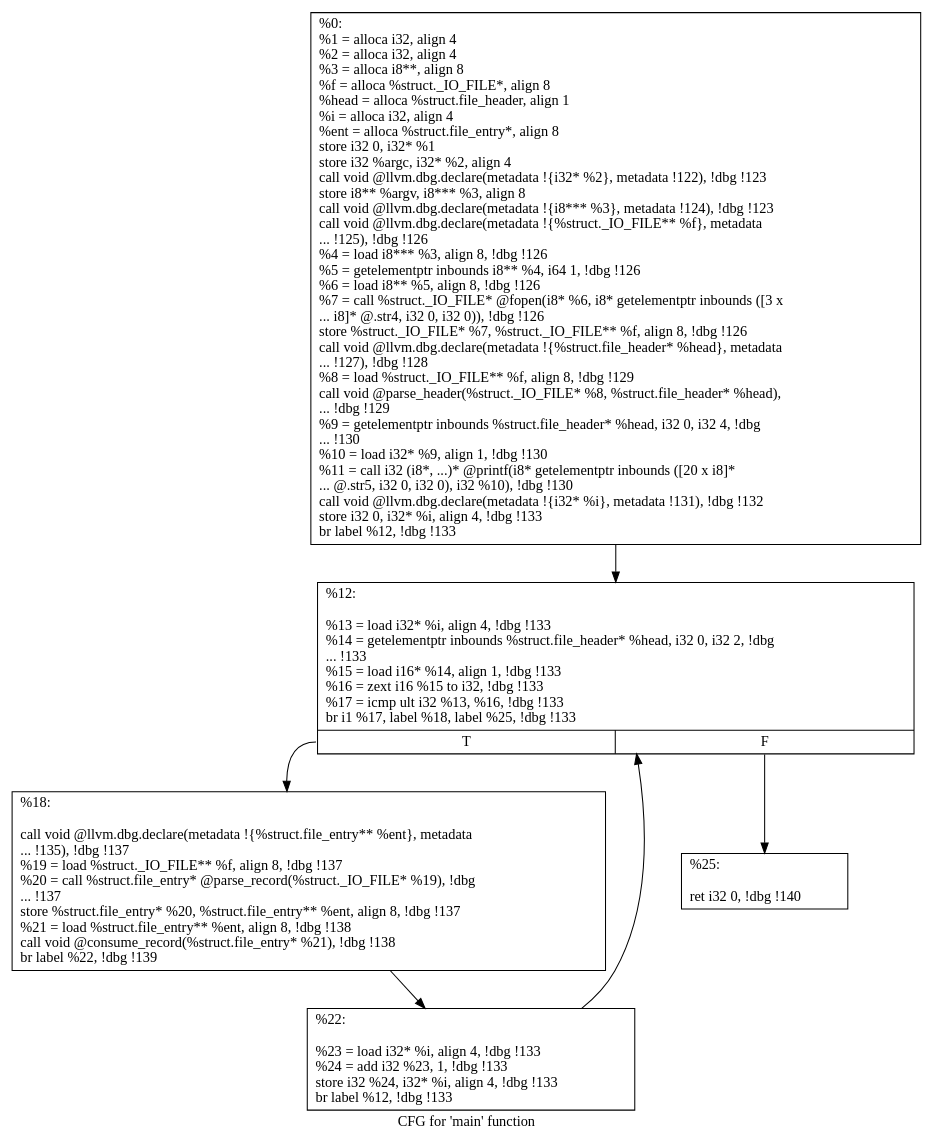
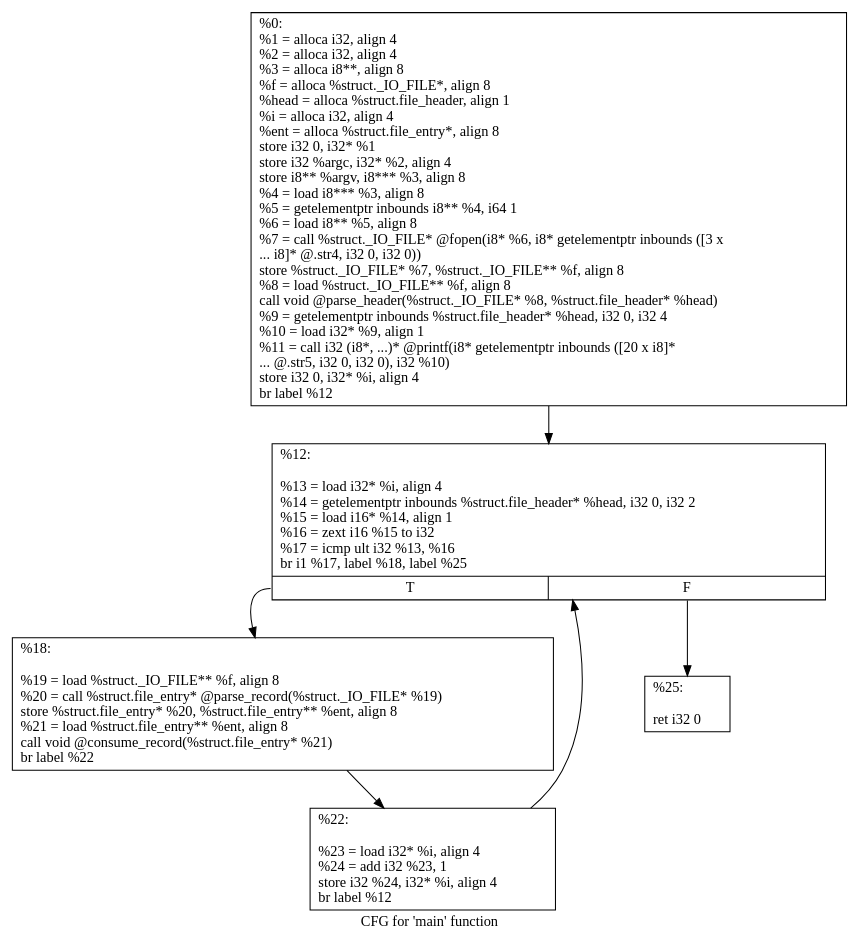
Before and after one commit to Manouchehri/sim-fuzz-1: the diagram in cfg.main.dot, drawn with Graphviz. The commit also changed 15 other files, not shown here.

```diff
--- a/cfg.main.dot
+++ b/cfg.main.dot
@@ -1,14 +1,14 @@
 digraph "CFG for 'main' function" {
 	label="CFG for 'main' function";
 
-	Node0x7d0f30 [shape=record,label="{%0:\l  %1 = alloca i32, align 4\l  %2 = alloca i32, align 4\l  %3 = alloca i8**, align 8\l  %f = alloca %struct._IO_FILE*, align 8\l  %head = alloca %struct.file_header, align 1\l  %i = alloca i32, align 4\l  %ent = alloca %struct.file_entry*, align 8\l  store i32 0, i32* %1\l  store i32 %argc, i32* %2, align 4\l  call void @llvm.dbg.declare(metadata !\{i32* %2\}, metadata !122), !dbg !123\l  store i8** %argv, i8*** %3, align 8\l  call void @llvm.dbg.declare(metadata !\{i8*** %3\}, metadata !124), !dbg !123\l  call void @llvm.dbg.declare(metadata !\{%struct._IO_FILE** %f\}, metadata\l... !125), !dbg !126\l  %4 = load i8*** %3, align 8, !dbg !126\l  %5 = getelementptr inbounds i8** %4, i64 1, !dbg !126\l  %6 = load i8** %5, align 8, !dbg !126\l  %7 = call %struct._IO_FILE* @fopen(i8* %6, i8* getelementptr inbounds ([3 x\l... i8]* @.str4, i32 0, i32 0)), !dbg !126\l  store %struct._IO_FILE* %7, %struct._IO_FILE** %f, align 8, !dbg !126\l  call void @llvm.dbg.declare(metadata !\{%struct.file_header* %head\}, metadata\l... !127), !dbg !128\l  %8 = load %struct._IO_FILE** %f, align 8, !dbg !129\l  call void @parse_header(%struct._IO_FILE* %8, %struct.file_header* %head),\l... !dbg !129\l  %9 = getelementptr inbounds %struct.file_header* %head, i32 0, i32 4, !dbg\l... !130\l  %10 = load i32* %9, align 1, !dbg !130\l  %11 = call i32 (i8*, ...)* @printf(i8* getelementptr inbounds ([20 x i8]*\l... @.str5, i32 0, i32 0), i32 %10), !dbg !130\l  call void @llvm.dbg.declare(metadata !\{i32* %i\}, metadata !131), !dbg !132\l  store i32 0, i32* %i, align 4, !dbg !133\l  br label %12, !dbg !133\l}"];
-	Node0x7d0f30 -> Node0x7d0f90;
-	Node0x7d0f90 [shape=record,label="{%12:\l\l  %13 = load i32* %i, align 4, !dbg !133\l  %14 = getelementptr inbounds %struct.file_header* %head, i32 0, i32 2, !dbg\l... !133\l  %15 = load i16* %14, align 1, !dbg !133\l  %16 = zext i16 %15 to i32, !dbg !133\l  %17 = icmp ult i32 %13, %16, !dbg !133\l  br i1 %17, label %18, label %25, !dbg !133\l|{<s0>T|<s1>F}}"];
-	Node0x7d0f90:s0 -> Node0x7d0ff0;
-	Node0x7d0f90:s1 -> Node0x7d10b0;
-	Node0x7d0ff0 [shape=record,label="{%18:\l\l  call void @llvm.dbg.declare(metadata !\{%struct.file_entry** %ent\}, metadata\l... !135), !dbg !137\l  %19 = load %struct._IO_FILE** %f, align 8, !dbg !137\l  %20 = call %struct.file_entry* @parse_record(%struct._IO_FILE* %19), !dbg\l... !137\l  store %struct.file_entry* %20, %struct.file_entry** %ent, align 8, !dbg !137\l  %21 = load %struct.file_entry** %ent, align 8, !dbg !138\l  call void @consume_record(%struct.file_entry* %21), !dbg !138\l  br label %22, !dbg !139\l}"];
-	Node0x7d0ff0 -> Node0x7d1050;
-	Node0x7d1050 [shape=record,label="{%22:\l\l  %23 = load i32* %i, align 4, !dbg !133\l  %24 = add i32 %23, 1, !dbg !133\l  store i32 %24, i32* %i, align 4, !dbg !133\l  br label %12, !dbg !133\l}"];
-	Node0x7d1050 -> Node0x7d0f90;
-	Node0x7d10b0 [shape=record,label="{%25:\l\l  ret i32 0, !dbg !140\l}"];
+	Node0x7608e0 [shape=record,label="{%0:\l  %1 = alloca i32, align 4\l  %2 = alloca i32, align 4\l  %3 = alloca i8**, align 8\l  %f = alloca %struct._IO_FILE*, align 8\l  %head = alloca %struct.file_header, align 1\l  %i = alloca i32, align 4\l  %ent = alloca %struct.file_entry*, align 8\l  store i32 0, i32* %1\l  store i32 %argc, i32* %2, align 4\l  store i8** %argv, i8*** %3, align 8\l  %4 = load i8*** %3, align 8\l  %5 = getelementptr inbounds i8** %4, i64 1\l  %6 = load i8** %5, align 8\l  %7 = call %struct._IO_FILE* @fopen(i8* %6, i8* getelementptr inbounds ([3 x\l... i8]* @.str4, i32 0, i32 0))\l  store %struct._IO_FILE* %7, %struct._IO_FILE** %f, align 8\l  %8 = load %struct._IO_FILE** %f, align 8\l  call void @parse_header(%struct._IO_FILE* %8, %struct.file_header* %head)\l  %9 = getelementptr inbounds %struct.file_header* %head, i32 0, i32 4\l  %10 = load i32* %9, align 1\l  %11 = call i32 (i8*, ...)* @printf(i8* getelementptr inbounds ([20 x i8]*\l... @.str5, i32 0, i32 0), i32 %10)\l  store i32 0, i32* %i, align 4\l  br label %12\l}"];
+	Node0x7608e0 -> Node0x760940;
+	Node0x760940 [shape=record,label="{%12:\l\l  %13 = load i32* %i, align 4\l  %14 = getelementptr inbounds %struct.file_header* %head, i32 0, i32 2\l  %15 = load i16* %14, align 1\l  %16 = zext i16 %15 to i32\l  %17 = icmp ult i32 %13, %16\l  br i1 %17, label %18, label %25\l|{<s0>T|<s1>F}}"];
+	Node0x760940:s0 -> Node0x7609a0;
+	Node0x760940:s1 -> Node0x760a60;
+	Node0x7609a0 [shape=record,label="{%18:\l\l  %19 = load %struct._IO_FILE** %f, align 8\l  %20 = call %struct.file_entry* @parse_record(%struct._IO_FILE* %19)\l  store %struct.file_entry* %20, %struct.file_entry** %ent, align 8\l  %21 = load %struct.file_entry** %ent, align 8\l  call void @consume_record(%struct.file_entry* %21)\l  br label %22\l}"];
+	Node0x7609a0 -> Node0x760a00;
+	Node0x760a00 [shape=record,label="{%22:\l\l  %23 = load i32* %i, align 4\l  %24 = add i32 %23, 1\l  store i32 %24, i32* %i, align 4\l  br label %12\l}"];
+	Node0x760a00 -> Node0x760940;
+	Node0x760a60 [shape=record,label="{%25:\l\l  ret i32 0\l}"];
 }
```
